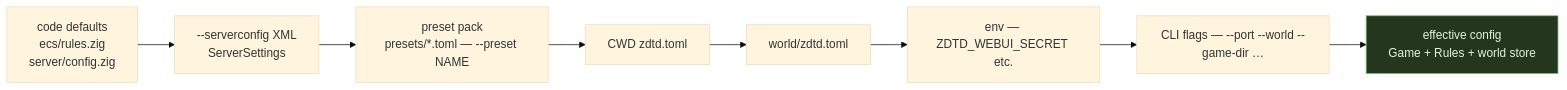
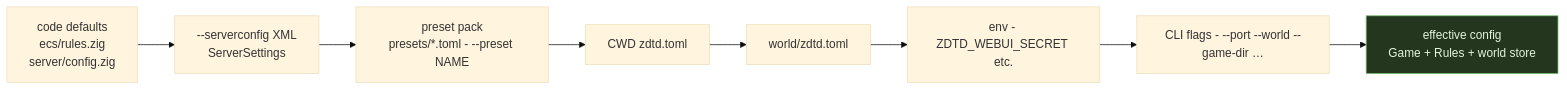
One commit to hordeforge/zdtd-server changed diagram 16 of 19 in docs/ARCHITECTURE.md. Above: the diagram before and after it, drawn with Mermaid (base theme). The commit also changed other lines of this file and 118 other files, not shown here.

````diff
--- a/docs/ARCHITECTURE.md
+++ b/docs/ARCHITECTURE.md
@@ -605,15 +605,15 @@
 ```mermaid
 flowchart LR
     CODE["code defaults<br/>ecs/rules.zig<br/>server/config.zig"] --> SC
     SC["--serverconfig XML<br/>ServerSettings"] --> MODE
-    MODE["preset pack<br/>presets/*.toml — --preset NAME"] --> CWD
+    MODE["preset pack<br/>presets/*.toml - --preset NAME"] --> CWD
     CWD["CWD zdtd.toml"] --> WORLD_TOML
     WORLD_TOML["world/zdtd.toml"] --> ENV
-    ENV["env — ZDTD_WEBUI_SECRET etc."] --> CLI
-    CLI["CLI flags — --port --world --game-dir …"] --> EFFECTIVE
+    ENV["env - ZDTD_WEBUI_SECRET etc."] --> CLI
+    CLI["CLI flags - --port --world --game-dir …"] --> EFFECTIVE
 
     EFFECTIVE["effective config<br/>Game + Rules + world store"]
 
     classDef winner fill:#25361f,stroke:#6fbf6a,color:#dff5dc
     class EFFECTIVE winner
 ```
````
